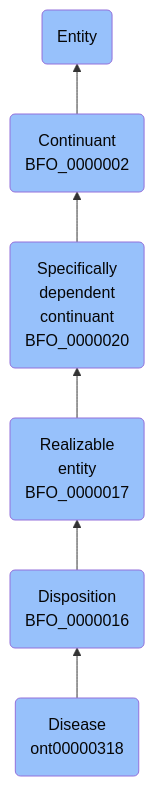
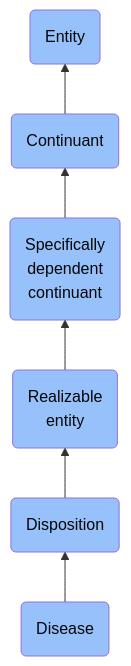
Before and after one commit to jupyter-naas/abi: the diagram in docs/ontology/reference/model/Entity/Continuant/Specifically dependent continuant/Realizable entity/Disposition/Disease/Disease.md, drawn with Mermaid. The commit also changed other lines of this file and 1430 other files, not shown here.

````diff
--- a/docs/ontology/reference/model/Entity/Continuant/Specifically dependent continuant/Realizable entity/Disposition/Disease/Disease.md
+++ b/docs/ontology/reference/model/Entity/Continuant/Specifically dependent continuant/Realizable entity/Disposition/Disease/Disease.md
@@ -24,13 +24,13 @@
 ```mermaid
 graph BT
-    ont00000318(Disease<br>ont00000318):::BFO-->BFO_0000016
-    BFO_0000016(Disposition<br>BFO_0000016):::BFO-->BFO_0000017
-    BFO_0000017(Realizable<br>entity<br>BFO_0000017):::BFO-->BFO_0000020
-    BFO_0000020(Specifically<br>dependent<br>continuant<br>BFO_0000020):::BFO-->BFO_0000002
-    BFO_0000002(Continuant<br>BFO_0000002):::BFO-->BFO_0000001
+    ont00000318(Disease):::BFO-->BFO_0000016
+    BFO_0000016(Disposition):::BFO-->BFO_0000017
+    BFO_0000017(Realizable<br>entity):::BFO-->BFO_0000020
+    BFO_0000020(Specifically<br>dependent<br>continuant):::BFO-->BFO_0000002
+    BFO_0000002(Continuant):::BFO-->BFO_0000001
     BFO_0000001(Entity):::BFO
     
     classDef BFO fill:#97c1fb,color:#060606
     classDef CCO fill:#e4c51e,color:#060606
     classDef ABI fill:#48DD82,color:#060606
 ```
````
